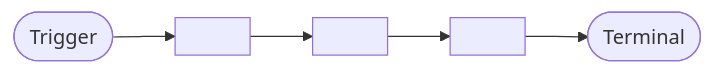
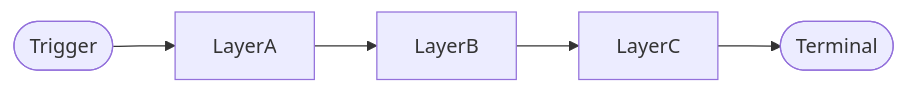
One commit to minh-lb/ai-tools changed the first of 3 diagrams in generate-flow/templates/flow.template.md. Above: the diagram before and after it, drawn with Mermaid. The commit also changed other lines of this file and 4 other files, not shown here.

First line of the commit message:
refactor(skills): redesign generate-flow template and output structure

````diff
--- a/generate-flow/templates/flow.template.md
+++ b/generate-flow/templates/flow.template.md
@@ -22,7 +20,7 @@
 ```mermaid
 flowchart LR
-    A([Trigger]) --> B[<LayerA>]
-    B --> C[<LayerB>]
-    C --> D[<LayerC>]
+    A([Trigger]) --> B[LayerA]
+    B --> C[LayerB]
+    C --> D[LayerC]
     D --> E([Terminal])
 ```
````
